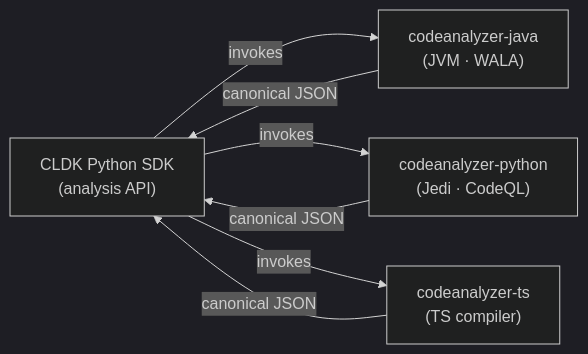
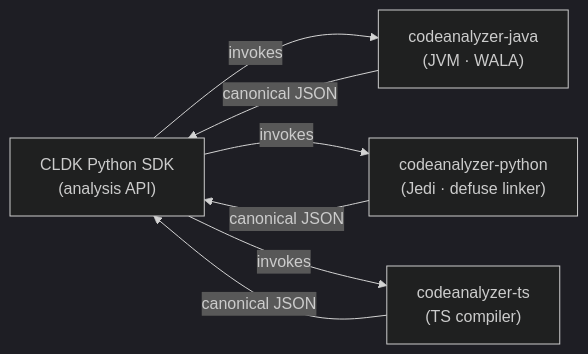
One commit to codellm-devkit/docs changed the diagram in src/content/docs/backends.mdx. Above: the diagram before and after it, drawn with Mermaid (dark theme). The commit also changed other lines of this file and 27 other files, not shown here.

````diff
--- a/src/content/docs/backends.mdx
+++ b/src/content/docs/backends.mdx
@@ -10,9 +10,9 @@
 ```mermaid
 flowchart LR
     SDK["CLDK Python SDK<br/>(analysis API)"] -->|invokes| CAJ["codeanalyzer-java<br/>(JVM · WALA)"]
-    SDK -->|invokes| CAP["codeanalyzer-python<br/>(Jedi · CodeQL)"]
+    SDK -->|invokes| CAP["codeanalyzer-python<br/>(Jedi · defuse linker)"]
     SDK -->|invokes| CAT["codeanalyzer-ts<br/>(TS compiler)"]
     CAJ -->|canonical JSON| SDK
     CAP -->|canonical JSON| SDK
     CAT -->|canonical JSON| SDK
 ```
````
